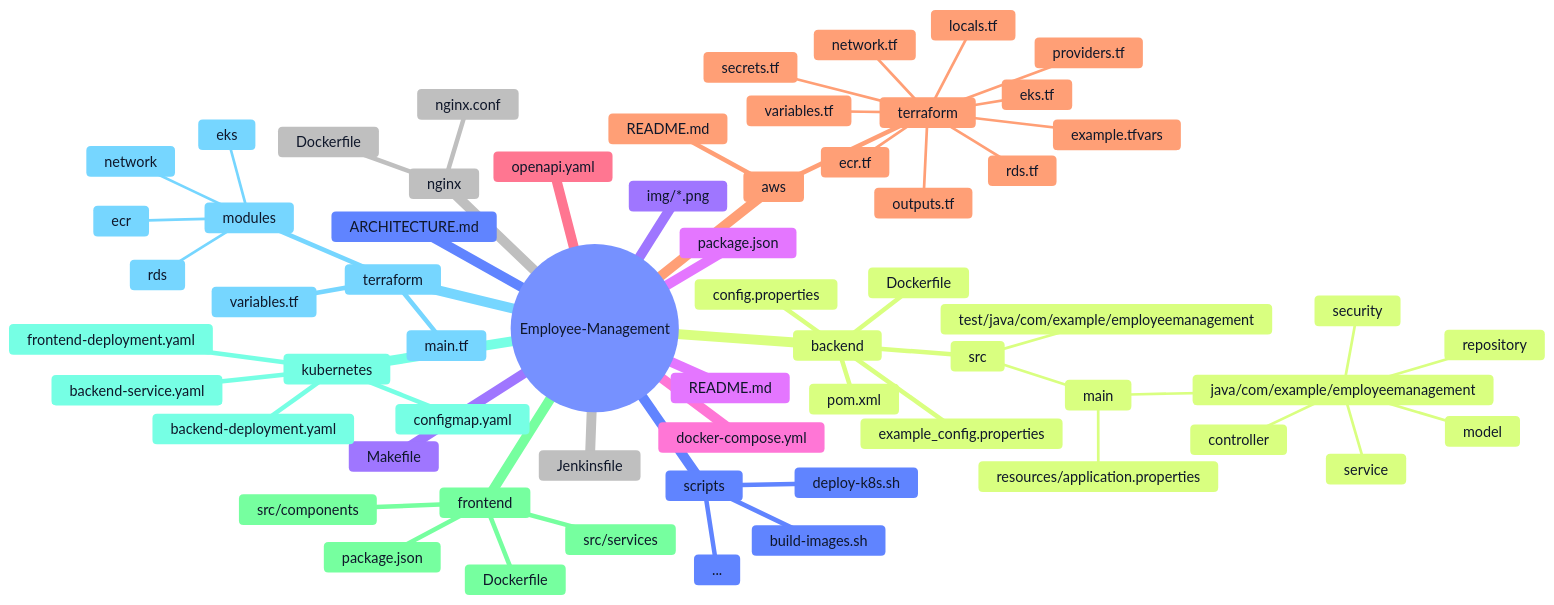
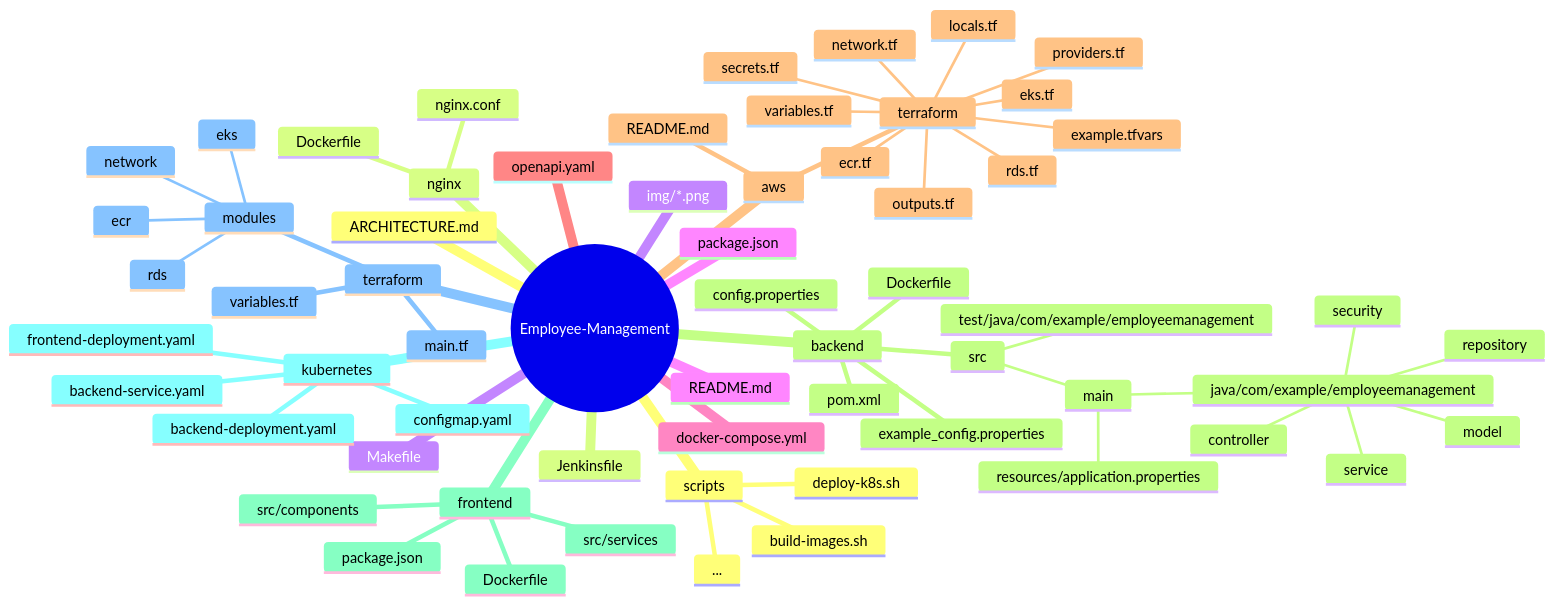
Before and after one commit to Ashh-arch38/employee-management-system: the fourth of 9 diagrams in README.md, drawn with Mermaid. The commit also changed 37 other files, not shown here.

````diff
--- a/README.md
+++ b/README.md
@@ -271,75 +271,68 @@
 ```mermaid
 %%{init: {'theme': 'base', 'themeVariables': {
-  'background': '#ffffff',
-  'primaryColor': '#f5f7ff',
-  'primaryBorderColor': '#1E3C72',
-  'primaryTextColor': '#0f172a',
-  'secondaryColor': '#e0e7ff',
-  'tertiaryColor': '#ffffff',
-  'textColor': '#0f172a',
-  'lineColor': '#1E3C72'
+  'textColor': '#ffffff',
 }}}%%
 mindmap
   root((Employee-Management))
     ARCHITECTURE.md
     Jenkinsfile
     Makefile
     README.md
     docker-compose.yml
     openapi.yaml
     aws
       README.md
       terraform
         example.tfvars
         providers.tf
         locals.tf
         network.tf
         eks.tf
         rds.tf
         secrets.tf
         ecr.tf
         outputs.tf
         variables.tf
     backend
       Dockerfile
       pom.xml
       config.properties
       example_config.properties
       src
         main
           java/com/example/employeemanagement
             controller
             service
             repository
             model
             security
           resources/application.properties
         test/java/com/example/employeemanagement
     frontend
       Dockerfile
       package.json
       src/components
       src/services
     kubernetes
       backend-deployment.yaml
       backend-service.yaml
       configmap.yaml
       frontend-deployment.yaml
     terraform
       main.tf
       modules
         network
         eks
         rds
         ecr
       variables.tf
     scripts
       build-images.sh
       deploy-k8s.sh
       ...
     nginx
       Dockerfile
       nginx.conf
     img/*.png
     package.json
 ```
````
